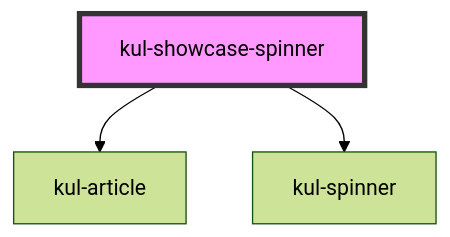
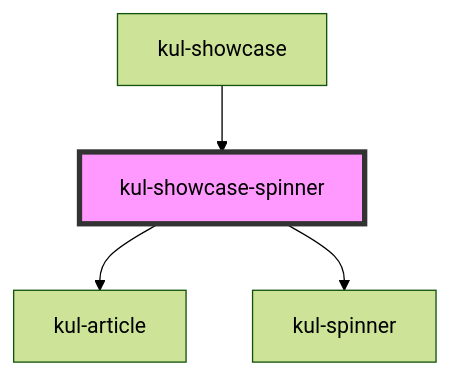
Before and after one commit to lucafoscili/ketchup-lite: the diagram in packages/ketchup-lite/src/components/kul-showcase/components/spinner/readme.md, drawn with Mermaid (forest theme). The commit also changed other lines of this file and 45 other files, not shown here.

````diff
--- a/packages/ketchup-lite/src/components/kul-showcase/components/spinner/readme.md
+++ b/packages/ketchup-lite/src/components/kul-showcase/components/spinner/readme.md
@@ -23,6 +27,7 @@
 ```mermaid
 graph TD;
   kul-showcase-spinner --> kul-article
   kul-showcase-spinner --> kul-spinner
+  kul-showcase --> kul-showcase-spinner
   style kul-showcase-spinner fill:#f9f,stroke:#333,stroke-width:4px
 ```
````
